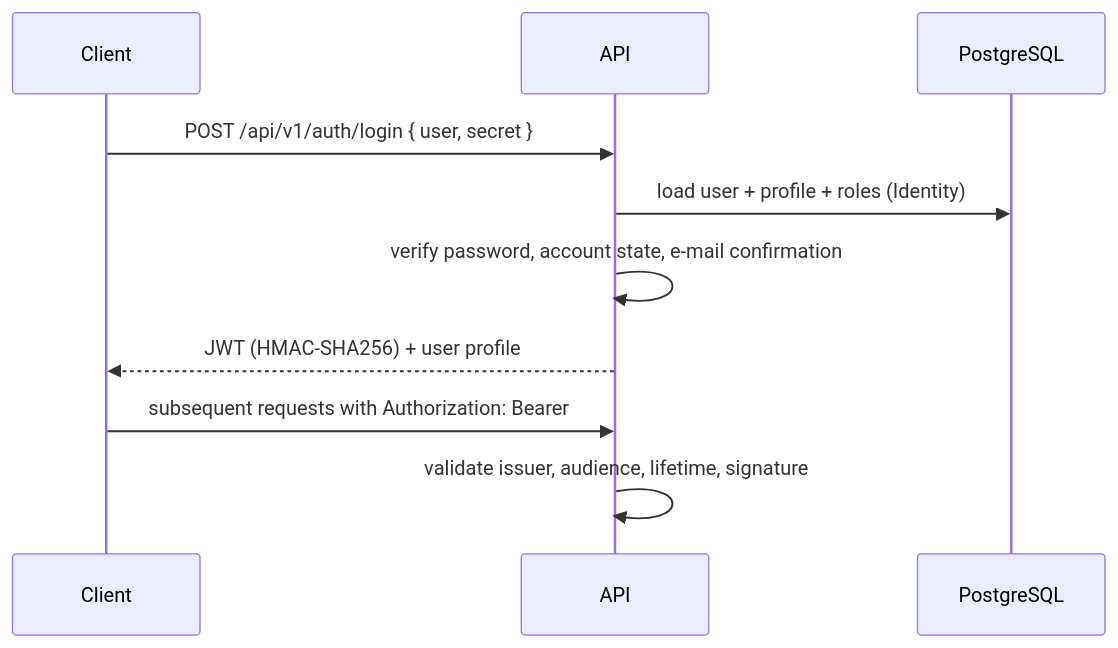
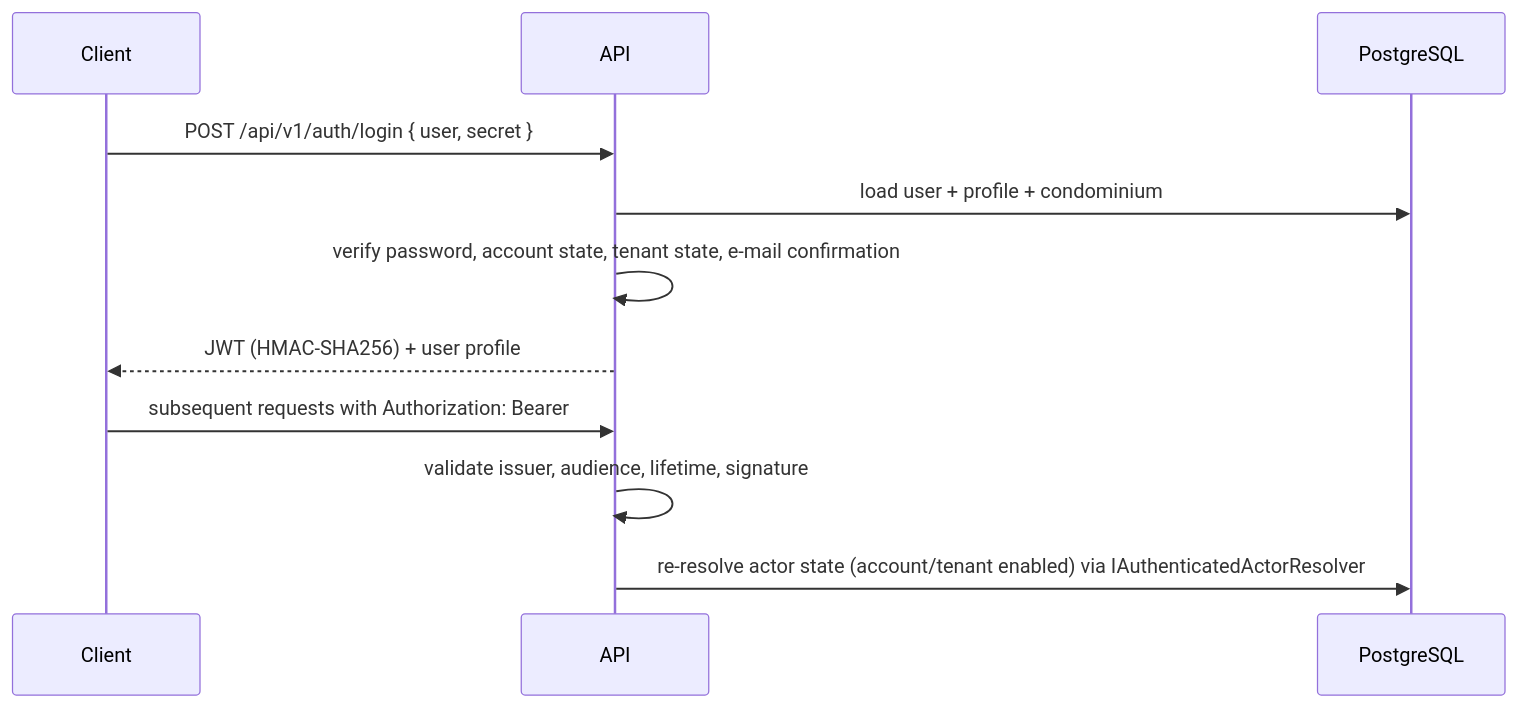
Before and after one commit to pablofelipe/SmartCondo: the second of 2 diagrams in docs/architecture/overview.md, drawn with Mermaid. The commit also changed other lines of this file and 3 other files, not shown here.

````diff
--- a/docs/architecture/overview.md
+++ b/docs/architecture/overview.md
@@ -30,13 +31,14 @@
 ```mermaid
 sequenceDiagram
     participant C as Client
     participant A as API
     participant DB as PostgreSQL
 
     C->>A: POST /api/v1/auth/login { user, secret }
-    A->>DB: load user + profile + roles (Identity)
-    A->>A: verify password, account state, e-mail confirmation
+    A->>DB: load user + profile + condominium
+    A->>A: verify password, account state, tenant state, e-mail confirmation
     A-->>C: JWT (HMAC-SHA256) + user profile
     C->>A: subsequent requests with Authorization: Bearer
     A->>A: validate issuer, audience, lifetime, signature
+    A->>DB: re-resolve actor state (account/tenant enabled) via IAuthenticatedActorResolver
 ```
````
